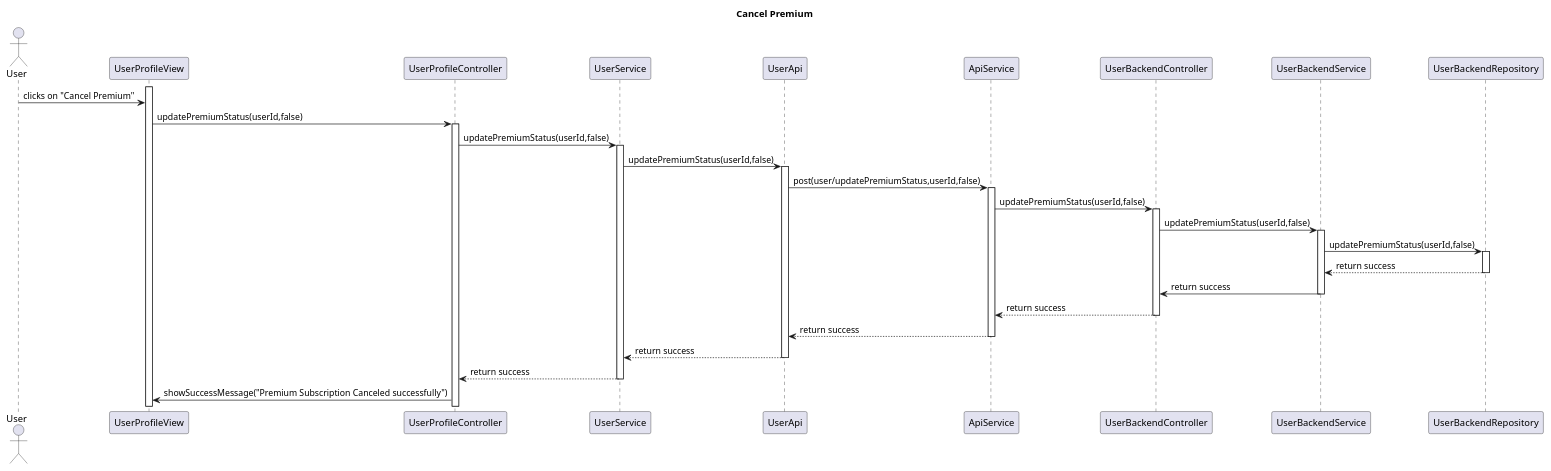
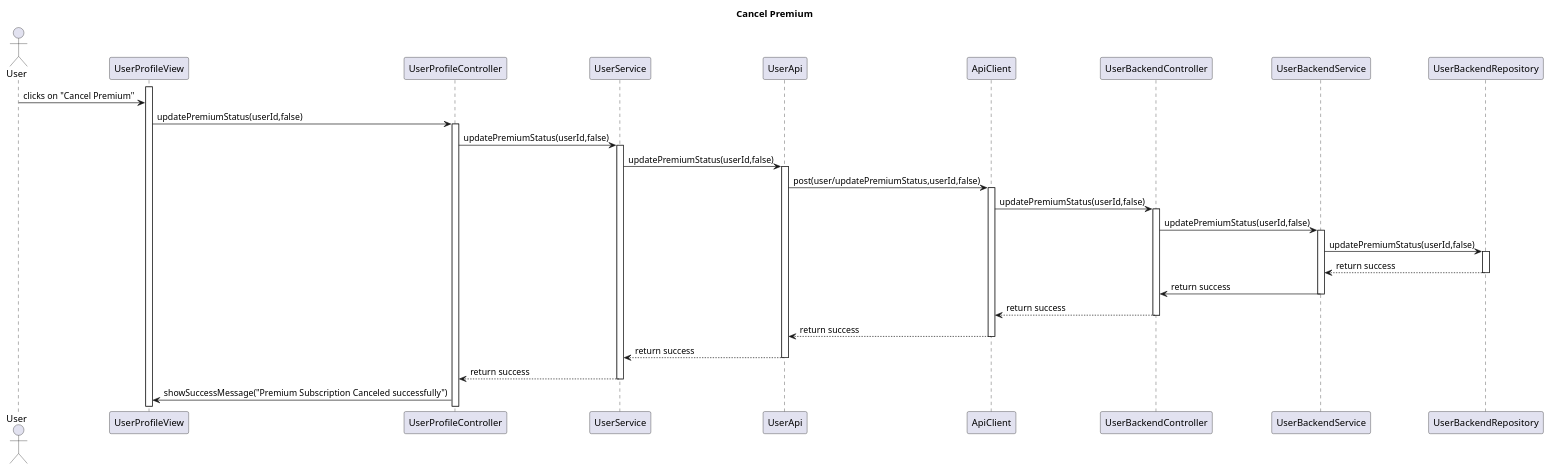
Before and after one commit to RubenKingCP/Tunix: the diagram in Paradoteo_4/SequenceDiagrams-v0.3/CancelPremium.puml, drawn with PlantUML. The commit also changed 40 other files, not shown here.

```diff
--- a/Paradoteo_4/SequenceDiagrams-v0.3/CancelPremium.puml
+++ b/Paradoteo_4/SequenceDiagrams-v0.3/CancelPremium.puml
@@ -1,47 +1,47 @@
 @startuml CancelPremium
 
 title Cancel Premium
 
 actor User
 
 participant UserProfileView
 participant UserProfileController
 participant UserService
 participant UserApi
-participant ApiService
+participant ApiClient
 participant UserBackendController
 participant UserBackendService
 participant UserBackendRepository
 
 
 activate UserProfileView
 User -> UserProfileView : clicks on "Cancel Premium"
 UserProfileView -> UserProfileController : updatePremiumStatus(userId,false)
 activate UserProfileController
 UserProfileController -> UserService : updatePremiumStatus(userId,false)
 activate UserService
 UserService -> UserApi : updatePremiumStatus(userId,false)
 activate UserApi
-UserApi -> ApiService : post(user/updatePremiumStatus,userId,false)
-activate ApiService
-ApiService -> UserBackendController : updatePremiumStatus(userId,false)
+UserApi -> ApiClient : post(user/updatePremiumStatus,userId,false)
+activate ApiClient
+ApiClient -> UserBackendController : updatePremiumStatus(userId,false)
 activate UserBackendController
 UserBackendController -> UserBackendService : updatePremiumStatus(userId,false)
 activate UserBackendService
 UserBackendService -> UserBackendRepository : updatePremiumStatus(userId,false)
 activate UserBackendRepository
 UserBackendRepository --> UserBackendService : return success
 deactivate UserBackendRepository
 UserBackendService -> UserBackendController : return success
 deactivate UserBackendService
-UserBackendController --> ApiService : return success
+UserBackendController --> ApiClient : return success
 deactivate UserBackendController
-ApiService --> UserApi : return success
-deactivate ApiService
+ApiClient --> UserApi : return success
+deactivate ApiClient
 UserApi --> UserService : return success
 deactivate UserApi
 UserService --> UserProfileController : return success
 deactivate UserService
 UserProfileController -> UserProfileView : showSuccessMessage("Premium Subscription Canceled successfully")
 
 @enduml
```
